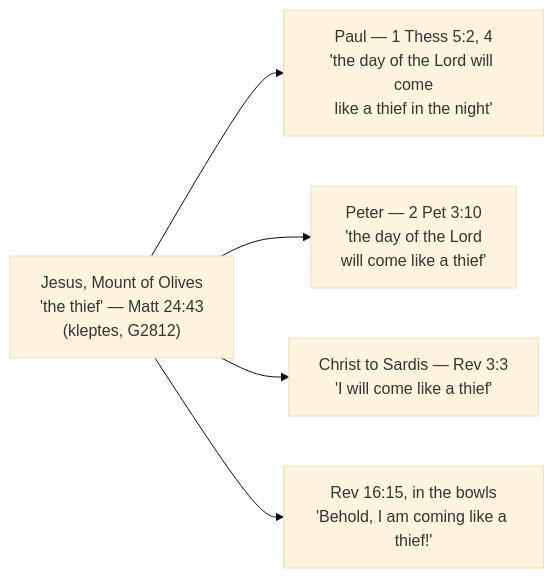
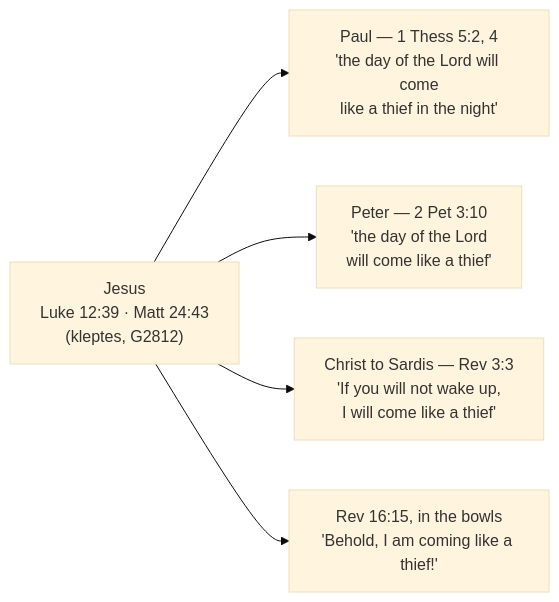
One commit to ding0t/bible_studies changed the diagram in docs/content/last-things/heaven-and-earth-will-pass-away.md. Above: the diagram before and after it, drawn with Mermaid (base theme). The commit also changed other lines of this file and 7 other files, not shown here.

````diff
--- a/docs/content/last-things/heaven-and-earth-will-pass-away.md
+++ b/docs/content/last-things/heaven-and-earth-will-pass-away.md
@@ -303,8 +413,8 @@
 ```mermaid
 flowchart LR
-    J["Jesus, Mount of Olives<br/>'the thief' — Matt 24:43<br/>(kleptes, G2812)"]
+    J["Jesus<br/>Luke 12:39 · Matt 24:43<br/>(kleptes, G2812)"]
     J --> P["Paul — 1 Thess 5:2, 4<br/>'the day of the Lord will come<br/>like a thief in the night'"]
     J --> PE["Peter — 2 Pet 3:10<br/>'the day of the Lord<br/>will come like a thief'"]
-    J --> R1["Christ to Sardis — Rev 3:3<br/>'I will come like a thief'"]
+    J --> R1["Christ to Sardis — Rev 3:3<br/>'If you will not wake up,<br/>I will come like a thief'"]
     J --> R2["Rev 16:15, in the bowls<br/>'Behold, I am coming like a thief!'"]
 ```
````
